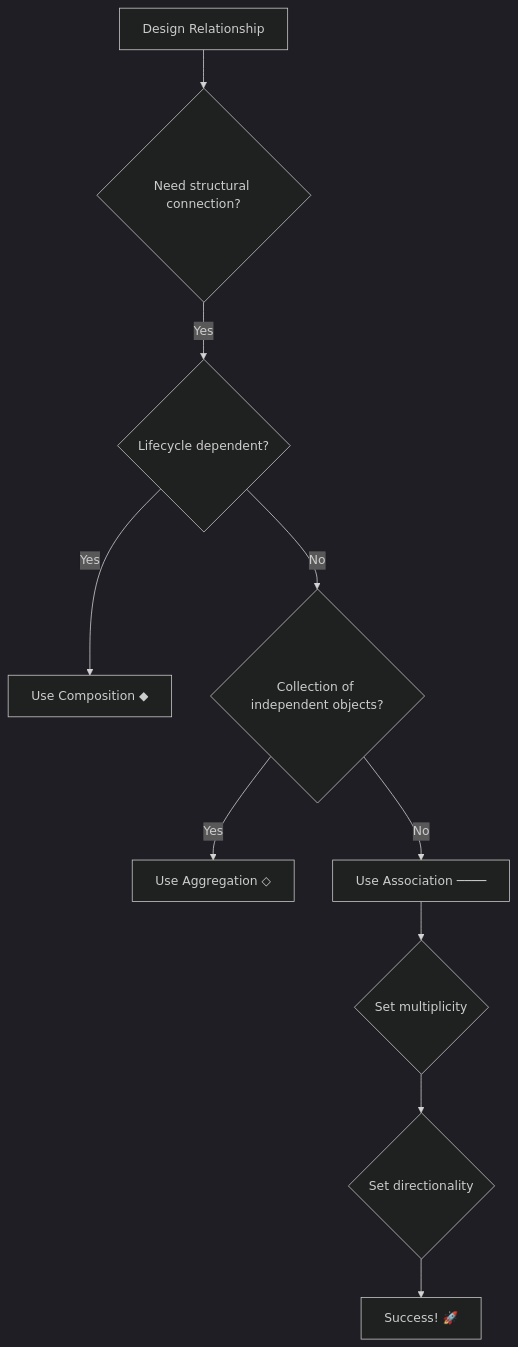
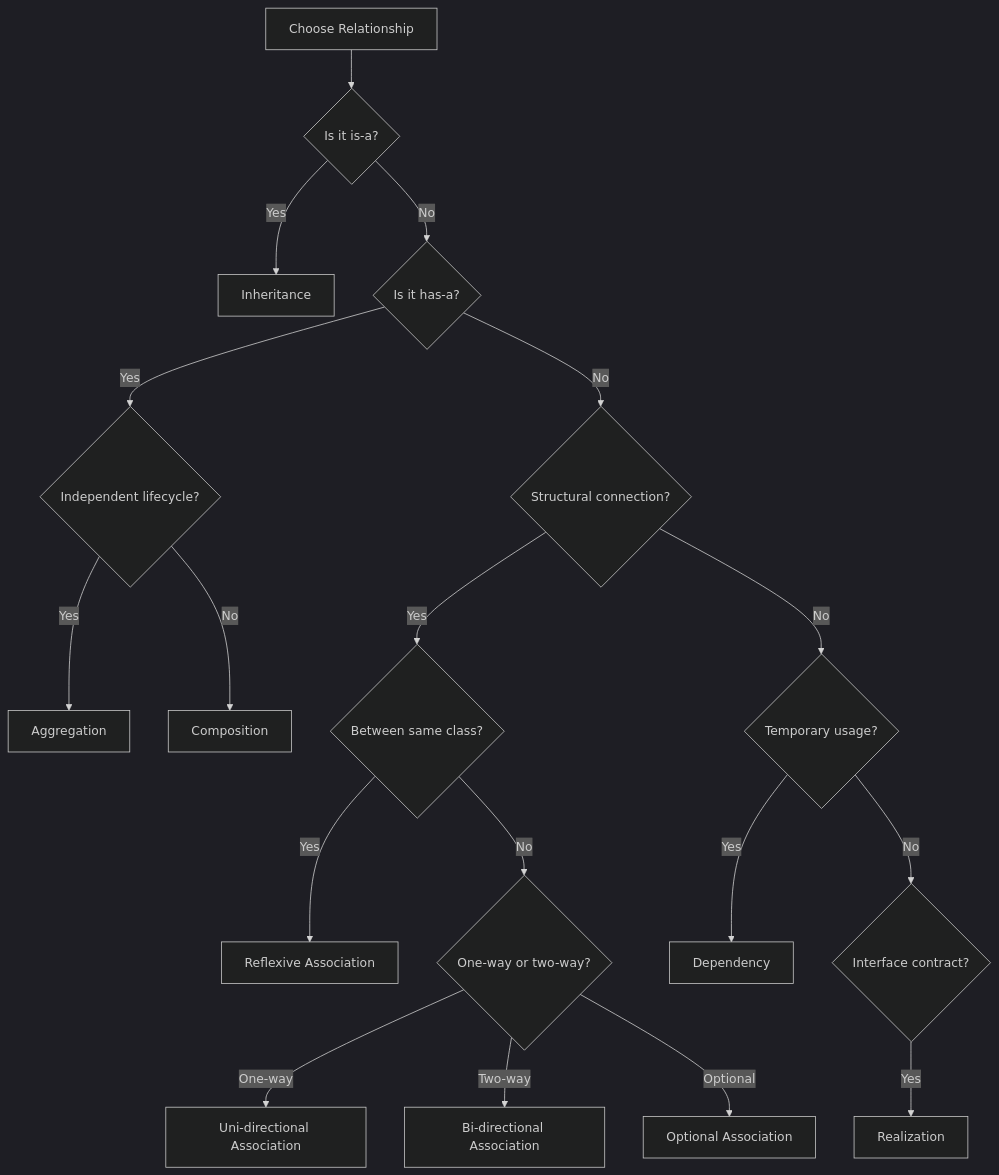
One commit to engasifrahman/uml_relationships_php changed the fourth of 4 diagrams in src/Association/README.md. Above: the diagram before and after it, drawn with Mermaid (dark theme). The commit also changed other lines of this file and 5 other files, not shown here.

````diff
--- a/src/Association/README.md
+++ b/src/Association/README.md
@@ -152,13 +295,20 @@
 ```mermaid
 graph TD
-    A[Design Relationship] --> B{Need structural connection?}
-    B -->|Yes| C{Lifecycle dependent?}
-    C -->|Yes| D[Use Composition ◆]
-    C -->|No| E{Collection of independent objects?}
-    E -->|Yes| F[Use Aggregation ◇]
-    E -->|No| G[Use Association ────]
-    
-    G --> H{Set multiplicity}
-    H --> I{Set directionality}
-    I --> J[Success! 🚀]
+    A[Choose Relationship] --> B{Is it is-a?}
+    B -->|Yes| C[Inheritance]
+    B -->|No| D{Is it has-a?}
+    D -->|Yes| E{Independent lifecycle?}
+    E -->|Yes| F[Aggregation]
+    E -->|No| G[Composition]
+    D -->|No| H{Structural connection?}
+    H -->|Yes| I{Between same class?}
+    I -->|Yes| J[Reflexive Association]
+    I -->|No| K{One-way or two-way?}
+    K -->|One-way| L[Uni-directional Association]
+    K -->|Two-way| M[Bi-directional Association]
+    K -->|Optional| N[Optional Association]
+    H -->|No| O{Temporary usage?}
+    O -->|Yes| P[Dependency]
+    O -->|No| Q{Interface contract?}
+    Q -->|Yes| R[Realization]
 ```
````
